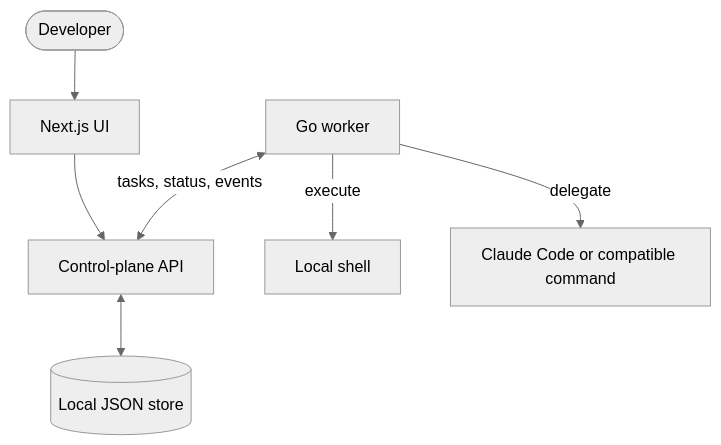
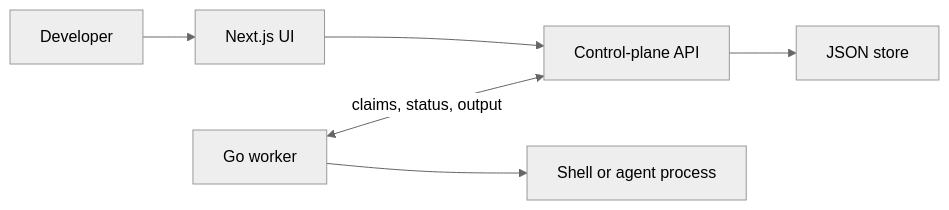
The diagram in examples/dispatch-control-plane/design.md (owainlewis/blueprint), drawn with Mermaid (neutral theme) before and after one commit. The commit also changed other lines of this file and 4 other files, not shown here.

````diff
--- a/examples/dispatch-control-plane/design.md
+++ b/examples/dispatch-control-plane/design.md
@@ -23,9 +27,8 @@
 ```mermaid
-flowchart TB
-    Developer([Developer]) --> UI["Next.js UI"]
-    UI --> API["Control-plane API"]
-    API <--> Store[("Local JSON store")]
-    Worker["Go worker"] <-->|tasks, status, events| API
-    Worker -->|execute| Shell["Local shell"]
-    Worker -->|delegate| Agent["Claude Code or compatible command"]
+flowchart LR
+    Developer[Developer] --> UI[Next.js UI]
+    UI --> API[Control-plane API]
+    API --> Store[JSON store]
+    Worker[Go worker] <-->|claims, status, output| API
+    Worker --> Runtime[Shell or agent process]
 ```
````
